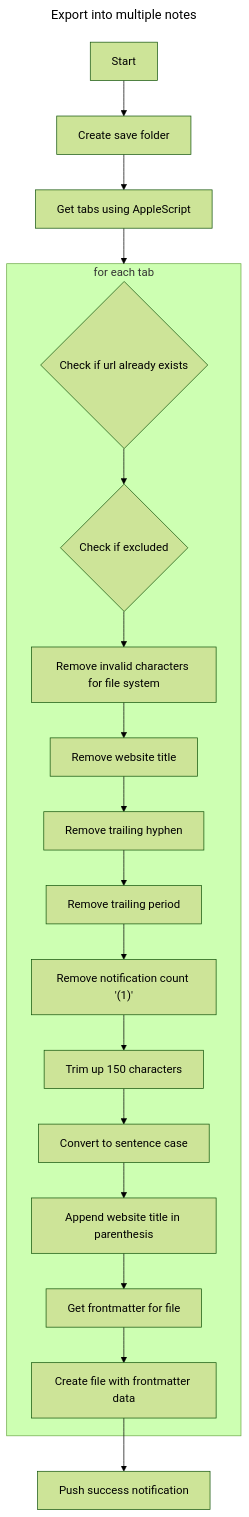
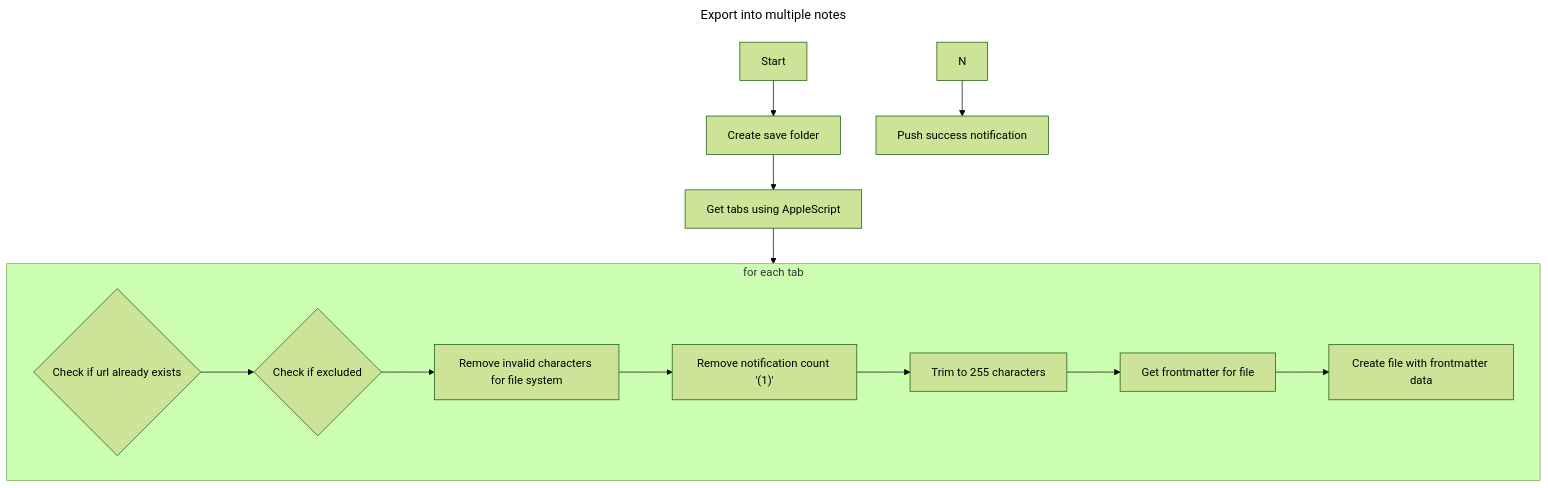
The diagram in src/commands/export-into-multiple-notes/README.md (decaf-dev/obsidian-export-browser-tabs), drawn with Mermaid (forest theme) before and after one commit. The commit also changed 4 other files, not shown here.

````diff
--- a/src/commands/export-into-multiple-notes/README.md
+++ b/src/commands/export-into-multiple-notes/README.md
@@ -1,24 +1,19 @@
 ```mermaid
 ---
 title: Export into multiple notes
 ---
 flowchart TD
     Start --> A
 	A[Create save folder] --> B[Get tabs using AppleScript]
 	B --> one
 	subgraph one[for each tab]
 	C{Check if url already exists} --> D{Check if excluded}
 	D --> E[Remove invalid characters for file system]
-	E --> F[Remove website title]
-	F --> G[Remove trailing hyphen]
-	G --> H[Remove trailing period]
-	H --> I["Remove notification count '(1)'"]
-	I --> J[Trim up 150 characters]
-	J --> K[Convert to sentence case]
-	K --> L[Append website title in parenthesis]
-	L --> M[Get frontmatter for file]
-	M --> N[Create file with frontmatter data]
+	E --> F["Remove notification count '(1)'"]
+	F --> G[Trim to 255 characters]
+	G --> H[Get frontmatter for file]
+	H --> I[Create file with frontmatter data]
 
 	end
 	N --> O[Push success notification]
 ```
````
